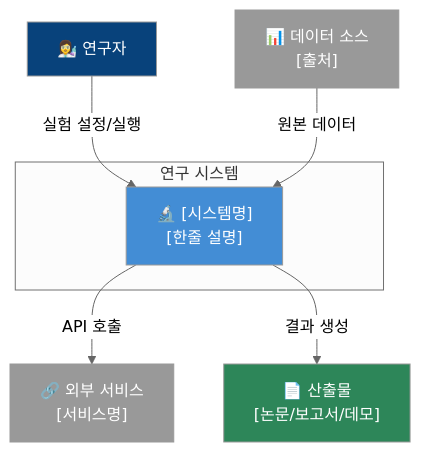
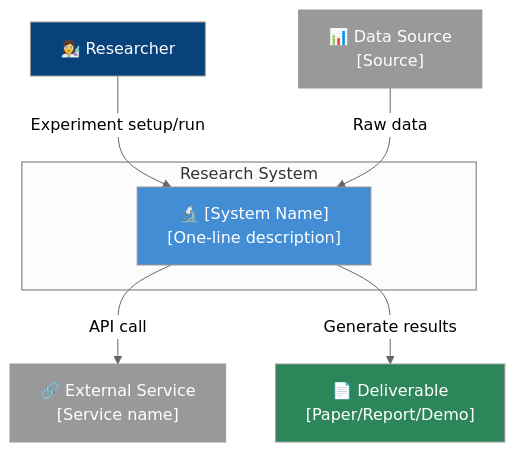
The first of 2 diagrams in architecture-designer/SKILL.md (Jacod97/Agents_Skills_for_Researcher), drawn with Mermaid (neutral theme) before and after one commit. The commit also changed other lines of this file and 27 other files, not shown here.

````diff
--- a/architecture-designer/SKILL.md
+++ b/architecture-designer/SKILL.md
@@ -59,22 +60,22 @@
 ```mermaid
 graph TB
-    subgraph boundary ["연구 시스템"]
-        SYSTEM["🔬 [시스템명]<br/>[한줄 설명]"]
+    subgraph boundary ["Research System"]
+        SYSTEM["🔬 [System Name]<br/>[One-line description]"]
     end
 
-    RESEARCHER["👩‍🔬 연구자"]
-    DATA_SOURCE["📊 데이터 소스<br/>[출처]"]
-    EXTERNAL_API["🔗 외부 서비스<br/>[서비스명]"]
-    OUTPUT["📄 산출물<br/>[논문/보고서/데모]"]
+    RESEARCHER["👩‍🔬 Researcher"]
+    DATA_SOURCE["📊 Data Source<br/>[Source]"]
+    EXTERNAL_API["🔗 External Service<br/>[Service name]"]
+    OUTPUT["📄 Deliverable<br/>[Paper/Report/Demo]"]
 
-    RESEARCHER -->|"실험 설정/실행"| SYSTEM
-    DATA_SOURCE -->|"원본 데이터"| SYSTEM
-    SYSTEM -->|"API 호출"| EXTERNAL_API
-    SYSTEM -->|"결과 생성"| OUTPUT
+    RESEARCHER -->|"Experiment setup/run"| SYSTEM
+    DATA_SOURCE -->|"Raw data"| SYSTEM
+    SYSTEM -->|"API call"| EXTERNAL_API
+    SYSTEM -->|"Generate results"| OUTPUT
 
     style SYSTEM fill:#438DD5,color:#fff
     style RESEARCHER fill:#08427B,color:#fff
     style DATA_SOURCE fill:#999999,color:#fff
     style EXTERNAL_API fill:#999999,color:#fff
     style OUTPUT fill:#2D8659,color:#fff
 ```
````
